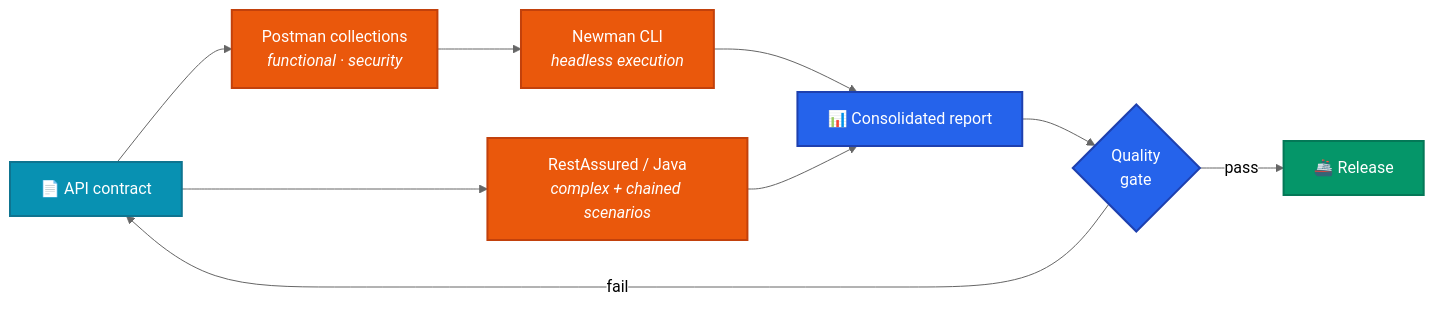
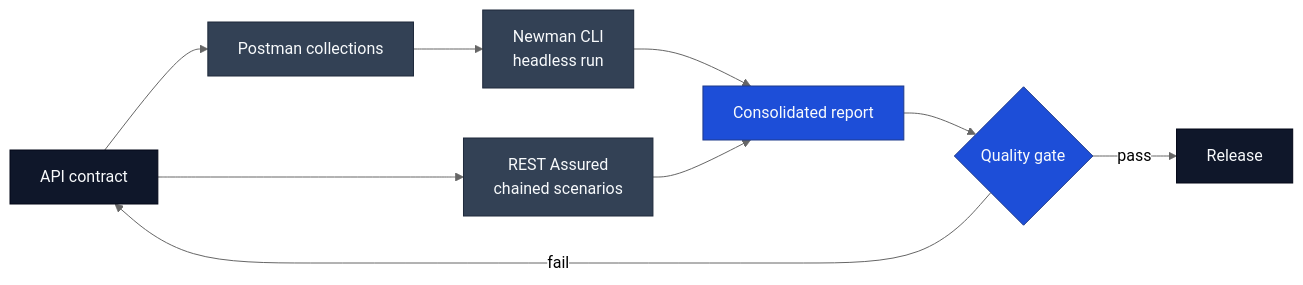
The second of 2 diagrams in README.md (Ankyriazis/Anastasios-Kyriazis), drawn with Mermaid (neutral theme) before and after one commit. The commit also changed other lines of this file, not shown here.

````diff
--- a/README.md
+++ b/README.md
@@ -149,20 +76,18 @@
 ```mermaid
 flowchart LR
-    SPEC["📄 API contract"] --> PM["Postman collections<br/><i>functional · security</i>"]
-    SPEC --> RA["RestAssured / Java<br/><i>complex + chained scenarios</i>"]
-    PM --> NEW["Newman CLI<br/><i>headless execution</i>"]
-    NEW --> REP["📊 Consolidated report"]
+    SPEC["API contract"] --> PM["Postman collections"]
+    SPEC --> RA["REST Assured<br/>chained scenarios"]
+    PM --> NEW["Newman CLI<br/>headless run"]
+    NEW --> REP["Consolidated report"]
     RA --> REP
-    REP --> GATE{"Quality<br/>gate"}
-    GATE -->|pass| SHIP["🚢 Release"]
+    REP --> GATE{"Quality gate"}
+    GATE -->|pass| SHIP["Release"]
     GATE -->|fail| SPEC
 
-    classDef src fill:#0891b2,stroke:#0e7490,stroke-width:2px,color:#ffffff;
-    classDef test fill:#ea580c,stroke:#c2410c,stroke-width:2px,color:#ffffff;
-    classDef rep fill:#2563eb,stroke:#1e40af,stroke-width:2px,color:#ffffff;
-    classDef ok fill:#059669,stroke:#047857,stroke-width:2px,color:#ffffff;
-    class SPEC src;
-    class PM,RA,NEW test;
-    class REP,GATE rep;
-    class SHIP ok;
+    classDef io fill:#0f172a,stroke:#020617,stroke-width:1px,color:#f8fafc;
+    classDef stage fill:#334155,stroke:#1e293b,stroke-width:1px,color:#f8fafc;
+    classDef key fill:#1d4ed8,stroke:#1e3a8a,stroke-width:1px,color:#f8fafc;
+    class SPEC,SHIP io;
+    class PM,RA,NEW stage;
+    class REP,GATE key;
 ```
````
